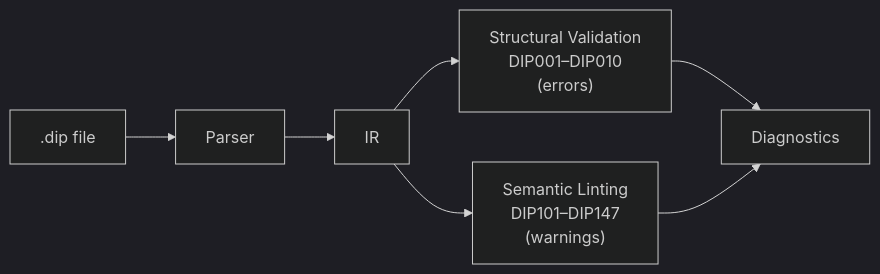
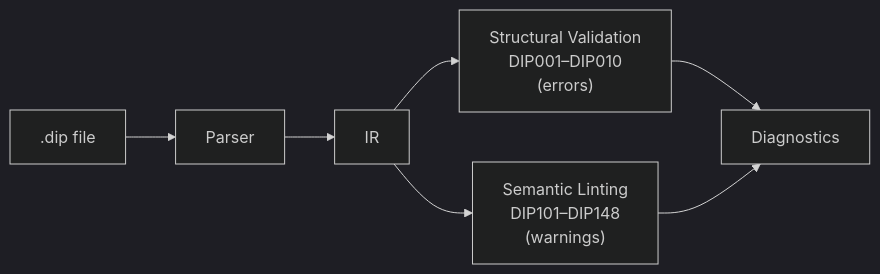
One commit to 2389-research/dippin-lang changed the diagram in docs/validation.md. Above: the diagram before and after it, drawn with Mermaid (dark theme). The commit also changed other lines of this file and 6 other files, not shown here.

````diff
--- a/docs/validation.md
+++ b/docs/validation.md
@@ -10,9 +10,9 @@
 ```mermaid
 graph LR
     SRC[".dip file"] --> PARSE["Parser"]
     PARSE --> IR["IR"]
     IR --> VAL["Structural Validation<br>DIP001–DIP010<br>(errors)"]
-    IR --> LINT["Semantic Linting<br>DIP101–DIP147<br>(warnings)"]
+    IR --> LINT["Semantic Linting<br>DIP101–DIP148<br>(warnings)"]
     VAL --> DIAG["Diagnostics"]
     LINT --> DIAG
 ```
````
